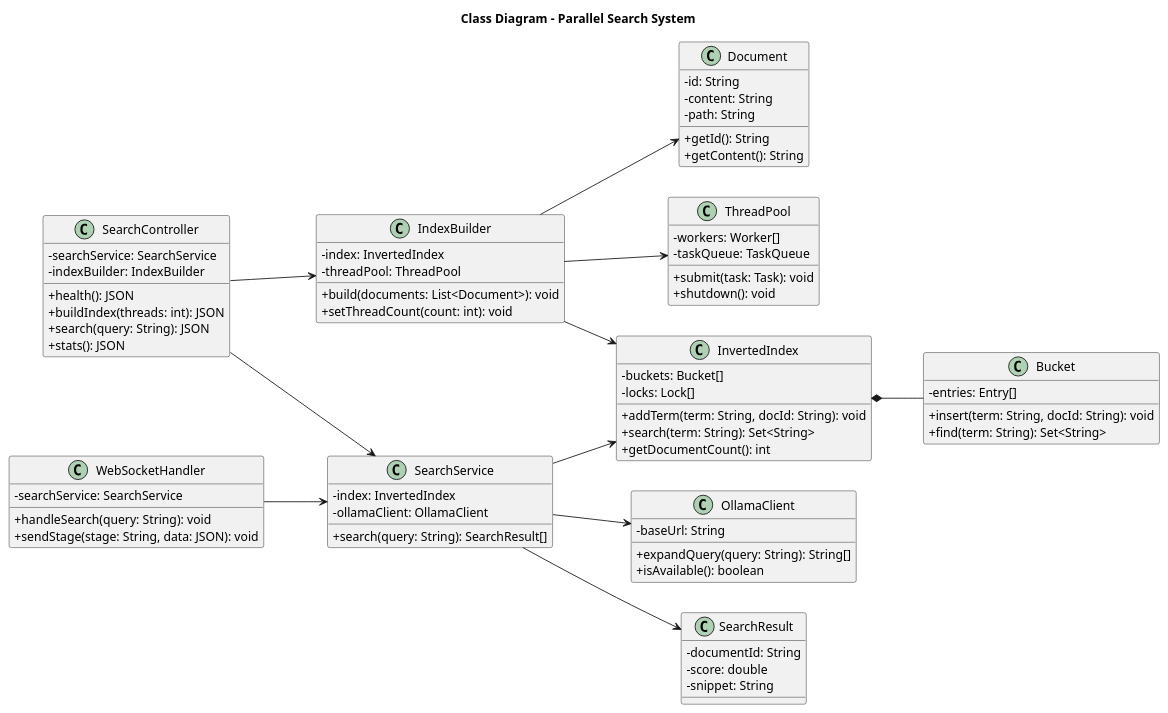
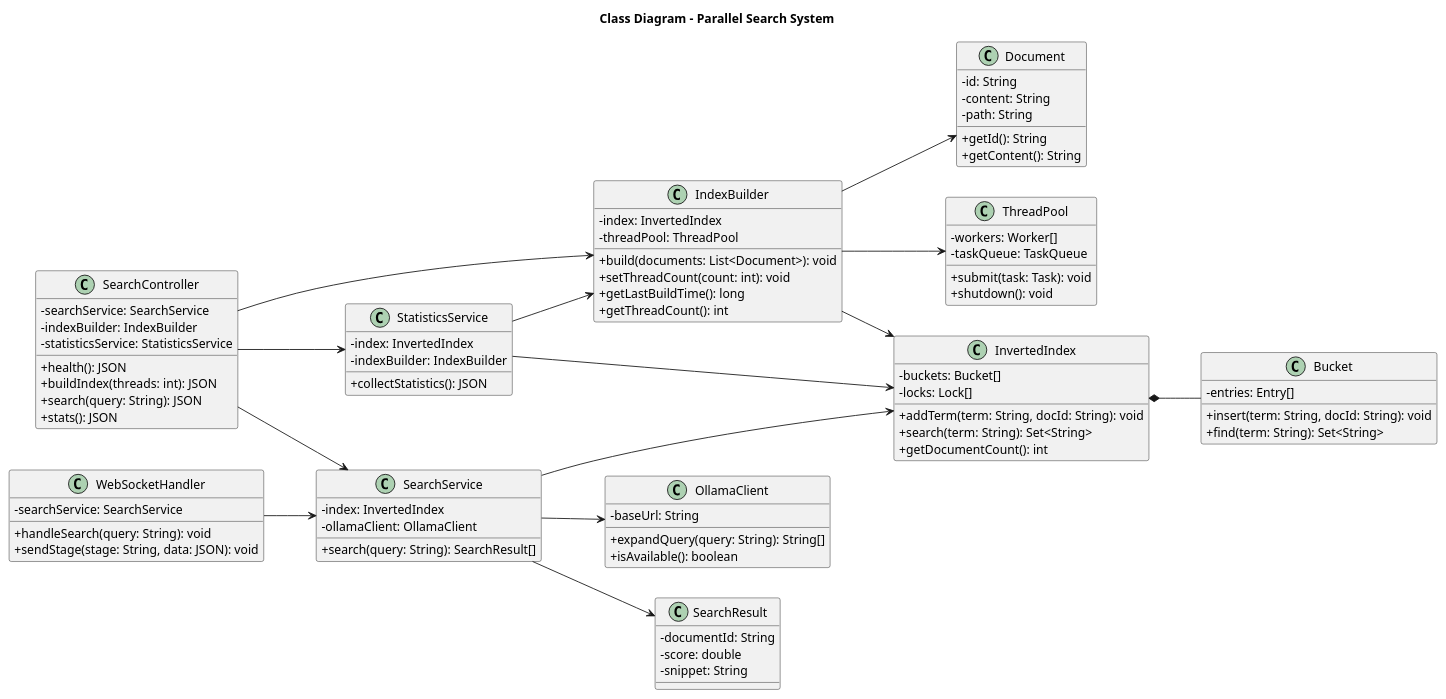
The diagram in diagrams/class_diagram.puml (bebroidrur/Coursework_Parallel_Computing), drawn with PlantUML before and after one commit. The commit also changed 4 other files, not shown here.

Commit message:
docs: update class diagram and add statistics sequence

```diff
--- a/diagrams/class_diagram.puml
+++ b/diagrams/class_diagram.puml
@@ -1,87 +1,104 @@
 @startuml
 title Class Diagram - Parallel Search System
 
 skinparam classAttributeIconSize 0
 skinparam shadowing false
 left to right direction
 
 class Document {
   - id: String
   - content: String
   - path: String
   + getId(): String
   + getContent(): String
 }
 
 class InvertedIndex {
   - buckets: Bucket[]
   - locks: Lock[]
   + addTerm(term: String, docId: String): void
   + search(term: String): Set<String>
   + getDocumentCount(): int
 }
 
 class Bucket {
   - entries: Entry[]
   + insert(term: String, docId: String): void
   + find(term: String): Set<String>
 }
 
 class ThreadPool {
   - workers: Worker[]
   - taskQueue: TaskQueue
   + submit(task: Task): void
   + shutdown(): void
 }
 
 class IndexBuilder {
   - index: InvertedIndex
   - threadPool: ThreadPool
   + build(documents: List<Document>): void
   + setThreadCount(count: int): void
+  + getLastBuildTime(): long
+  + getThreadCount(): int
 }
 
 class SearchService {
   - index: InvertedIndex
   - ollamaClient: OllamaClient
   + search(query: String): SearchResult[]
 }
 
 class OllamaClient {
   - baseUrl: String
   + expandQuery(query: String): String[]
   + isAvailable(): boolean
 }
 
 class SearchController {
   - searchService: SearchService
   - indexBuilder: IndexBuilder
+  - statisticsService: StatisticsService
   + health(): JSON
   + buildIndex(threads: int): JSON
   + search(query: String): JSON
   + stats(): JSON
 }
 
 class WebSocketHandler {
   - searchService: SearchService
   + handleSearch(query: String): void
   + sendStage(stage: String, data: JSON): void
 }
 
 class SearchResult {
   - documentId: String
   - score: double
   - snippet: String
 }
 
+class StatisticsService {
+  - index: InvertedIndex
+  - indexBuilder: IndexBuilder
+  + collectStatistics(): JSON
+}
+
 InvertedIndex *-- Bucket
+
 IndexBuilder --> InvertedIndex
 IndexBuilder --> ThreadPool
 IndexBuilder --> Document
+
 SearchService --> InvertedIndex
 SearchService --> OllamaClient
 SearchService --> SearchResult
+
 SearchController --> SearchService
 SearchController --> IndexBuilder
+SearchController --> StatisticsService
+
 WebSocketHandler --> SearchService
+
+StatisticsService --> InvertedIndex
+StatisticsService --> IndexBuilder
 @enduml
```
